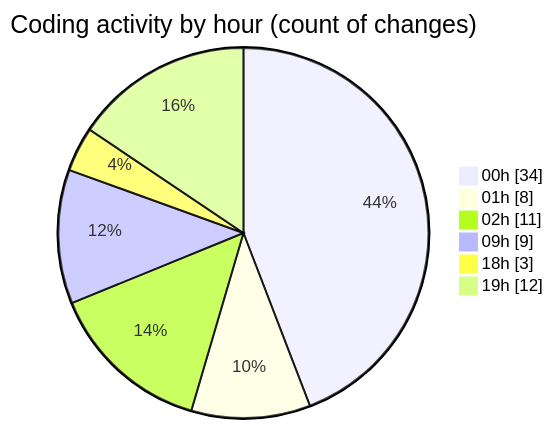
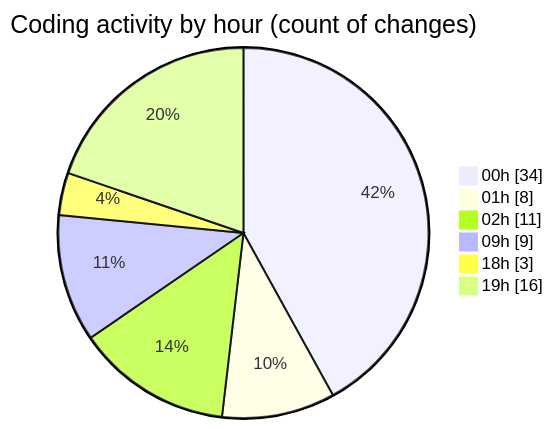
The second of 2 diagrams in 2025-05-18/niten/README.md (Elitesun/code-tracking), drawn with Mermaid before and after one commit. The commit also changed other lines of this file and 1 other file, not shown here.

````diff
--- a/2025-05-18/niten/README.md
+++ b/2025-05-18/niten/README.md
@@ -52,10 +52,10 @@
 ```mermaid
 pie showData
 title Coding activity by hour (count of changes)
 "00h" : 34
 "01h" : 8
 "02h" : 11
 "09h" : 9
 "18h" : 3
-"19h" : 12
+"19h" : 16
 ```
````
